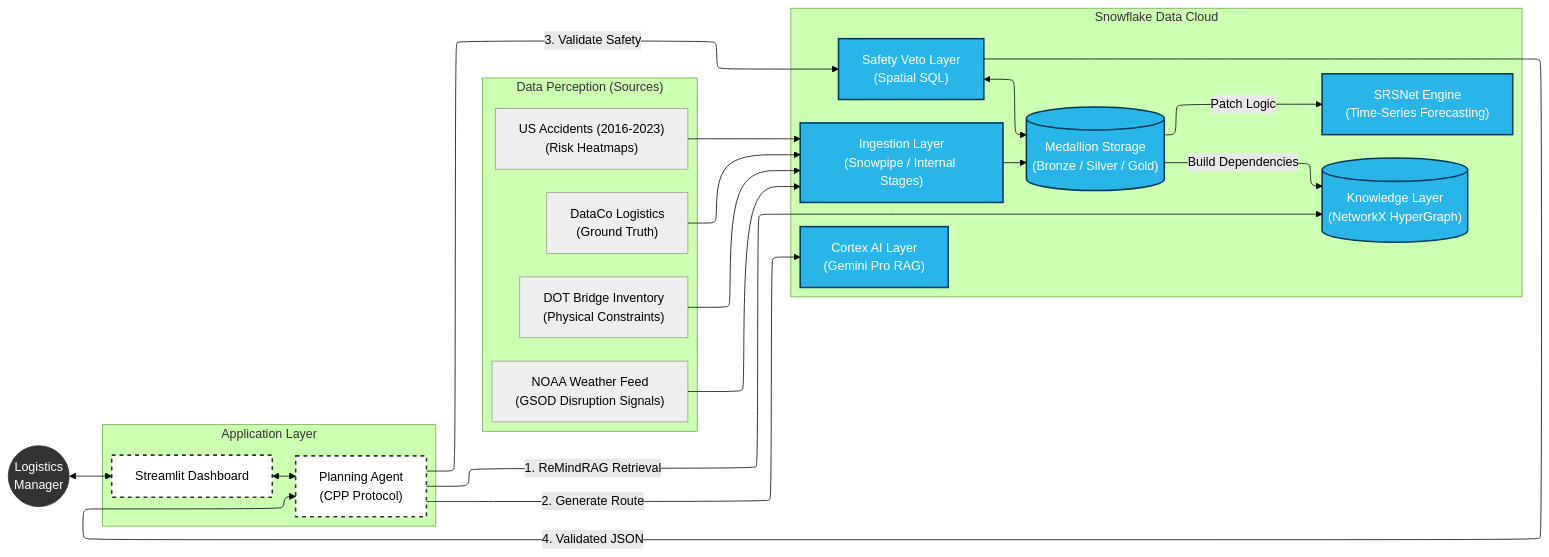
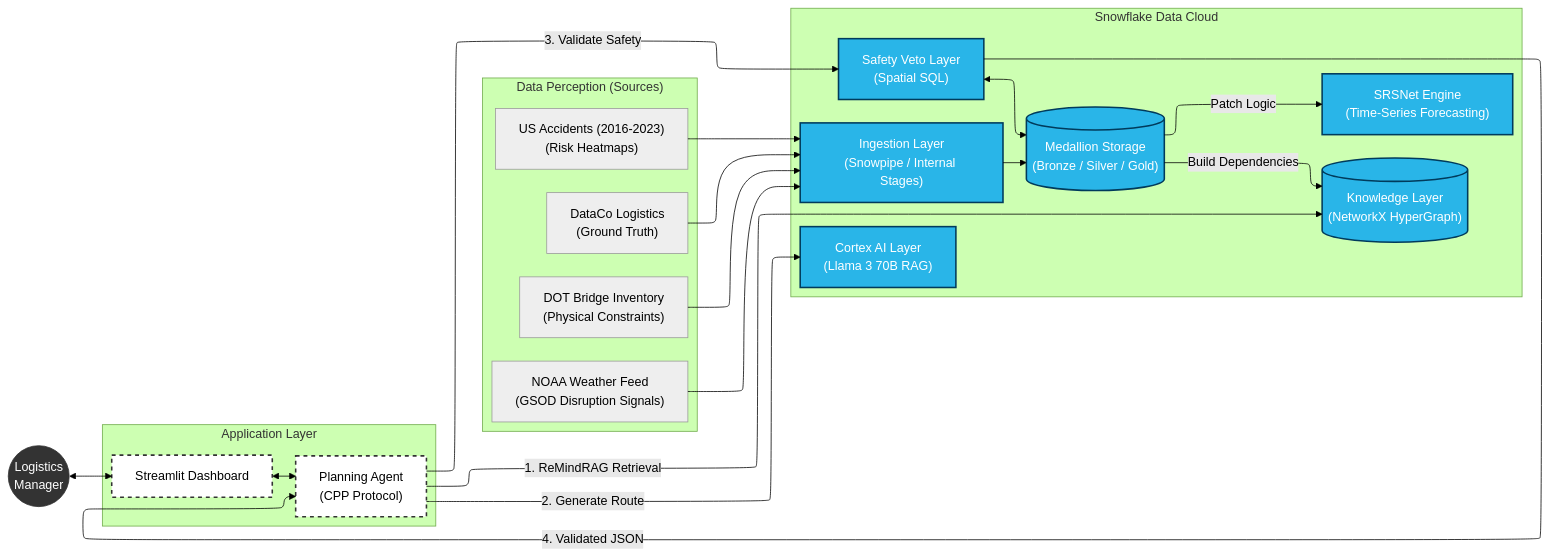
The diagram in docs/Figures/architecture.mmd (mosomo82/CS5542_SmartSC_Optimization_System), drawn with Mermaid (forest theme) before and after one commit. The commit also changed 22 other files, not shown here.

```diff
--- a/docs/Figures/architecture.mmd
+++ b/docs/Figures/architecture.mmd
@@ -1,56 +1,56 @@
 ---
 config:
   layout: elk
 ---
 flowchart LR
  subgraph Sources["Data Perception (Sources)"]
         S1["NOAA Weather Feed<br>(GSOD Disruption Signals)"]
         S2["US Accidents (2016-2023)<br>(Risk Heatmaps)"]
         S3["DOT Bridge Inventory<br>(Physical Constraints)"]
         S4["DataCo Logistics<br>(Ground Truth)"]
   end
  subgraph Platform["Snowflake Data Cloud"]
     direction TB
         Ingest["Ingestion Layer<br>(Snowpipe / Internal Stages)"]
         Storage[("Medallion Storage<br>(Bronze / Silver / Gold)")]
         Graph[("Knowledge Layer<br>(NetworkX HyperGraph)")]
-        Cortex["Cortex AI Layer<br>(Gemini Pro RAG)"]
+        Cortex["Cortex AI Layer<br>(Llama 3 70B RAG)"]
         Forecasting["SRSNet Engine<br>(Time-Series Forecasting)"]
         Spatial["Safety Veto Layer<br>(Spatial SQL)"]
   end
  subgraph AppLayer["Application Layer"]
         Orch["Planning Agent<br>(CPP Protocol)"]
         UI["Streamlit Dashboard"]
   end
     S1 --> Ingest
     S2 --> Ingest
     S3 --> Ingest
     S4 --> Ingest
     Ingest --> Storage
     Storage -- Build Dependencies --> Graph
     Storage -- Patch Logic --> Forecasting
     User(("Logistics<br>Manager")) <--> UI
     UI <--> Orch
     Orch -- "1. ReMindRAG Retrieval" --> Graph
     Orch -- "2. Generate Route" --> Cortex
     Orch -- "3. Validate Safety" --> Spatial
     Spatial <--> Storage
     Spatial -- "4. Validated JSON" --> Orch
 
      S1:::source
      S2:::source
      S3:::source
      S4:::source
      Ingest:::snow
      Storage:::snow
      Graph:::snow
      Cortex:::snow
      Forecasting:::snow
      Spatial:::snow
      Orch:::app
      UI:::app
      User:::user
     classDef snow fill:#29B5E8,stroke:#003B5C,color:white,stroke-width:2px
     classDef app fill:#ffffff,stroke:#333,stroke-width:2px,stroke-dasharray: 5 5
     classDef user fill:#333,stroke:#333,color:white
     classDef source fill:#eee,stroke:#999
```
